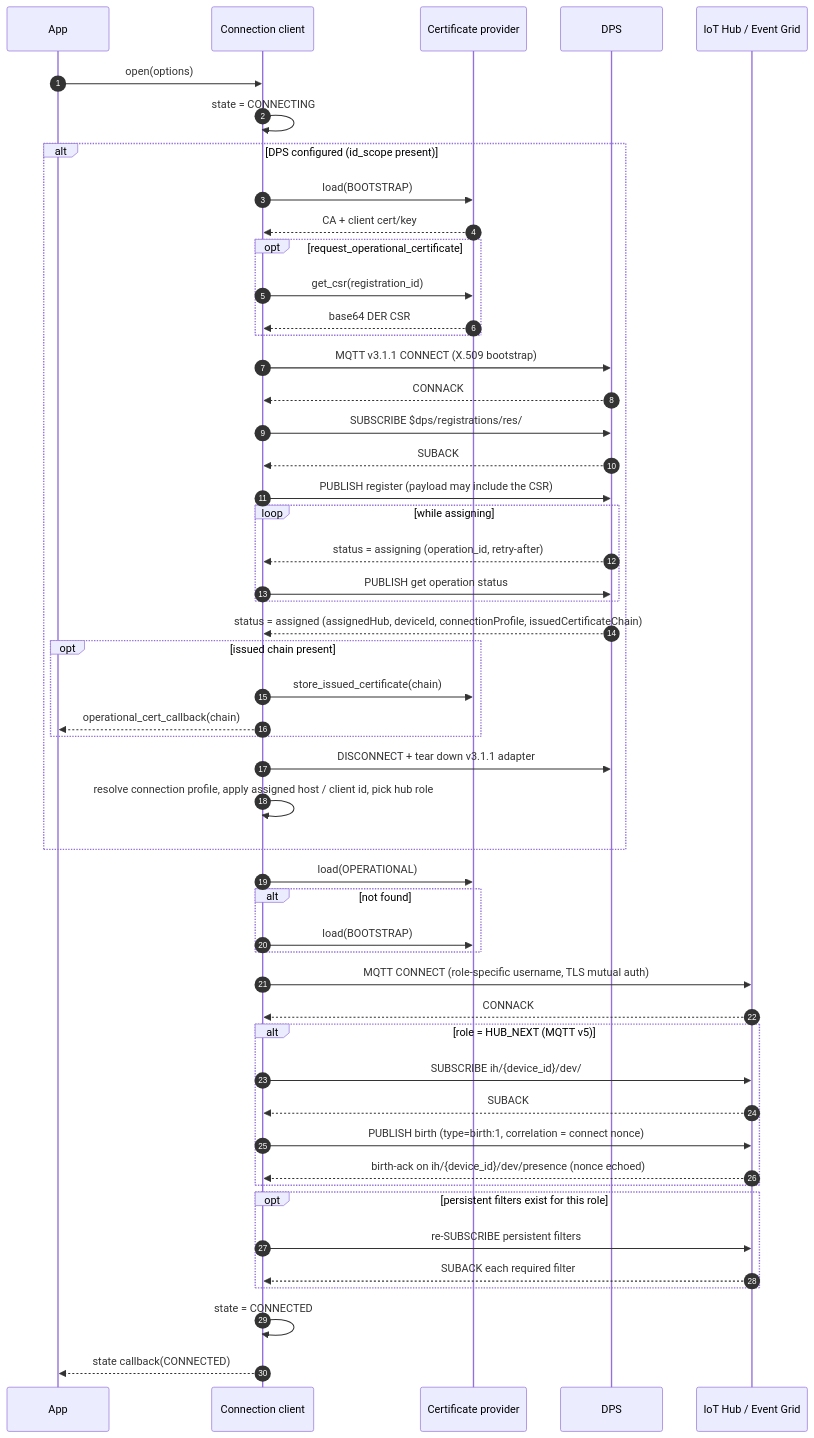
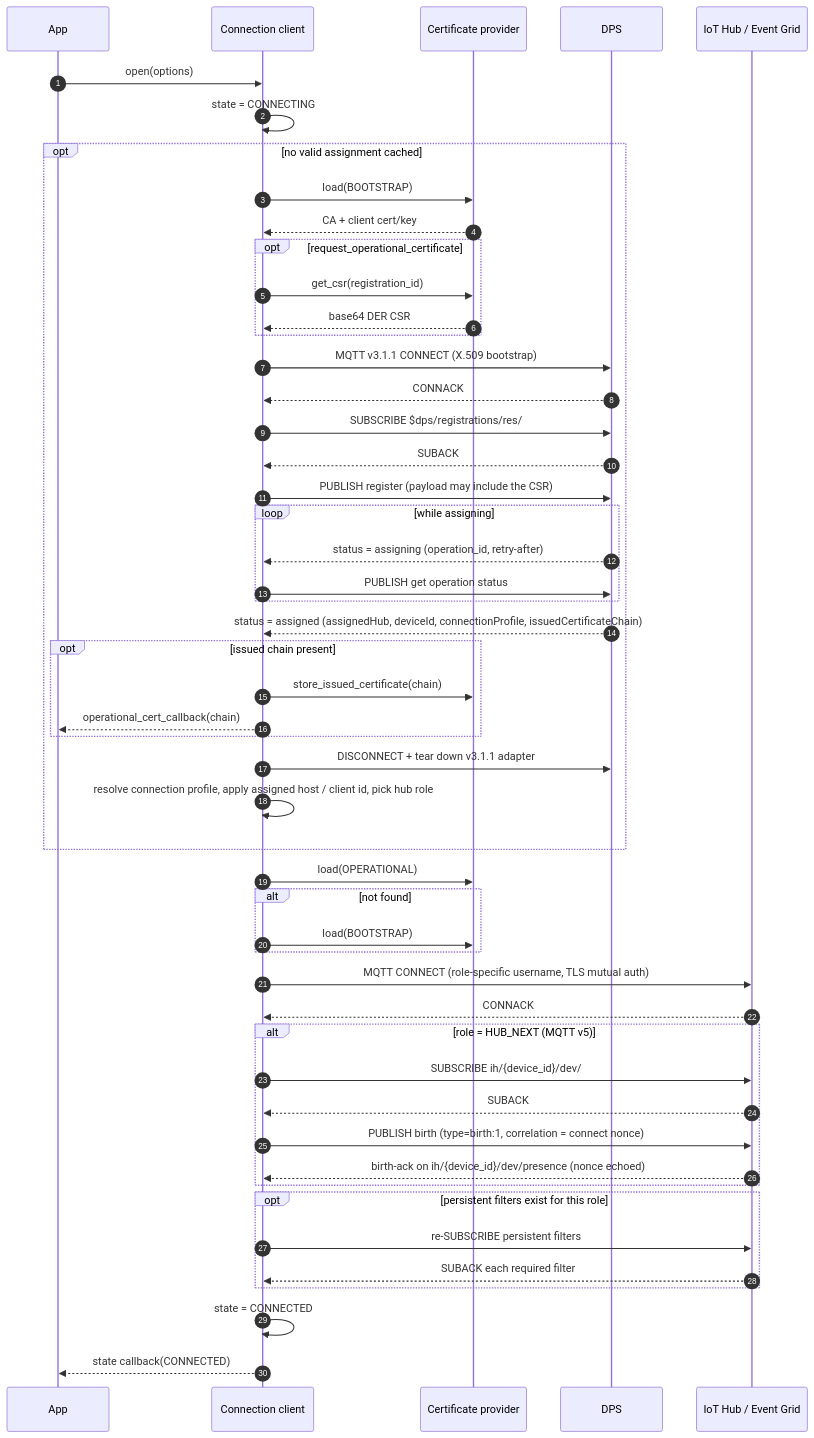
One commit to Azure/azure-iot-sdk changed the third of 9 diagrams in c/docs/eng/connection-c.md. Above: the diagram before and after it, drawn with Mermaid. The commit also changed other lines of this file and 4 other files, not shown here.

````diff
--- a/c/docs/eng/connection-c.md
+++ b/c/docs/eng/connection-c.md
@@ -109,58 +110,58 @@
 ```mermaid
 sequenceDiagram
     autonumber
     participant App
     participant Conn as Connection client
     participant Cert as Certificate provider
     participant DPS
     participant Hub as IoT Hub / Event Grid
 
     App->>Conn: open(options)
     Conn->>Conn: state = CONNECTING
 
-    alt DPS configured (id_scope present)
+    opt no valid assignment cached
         Conn->>Cert: load(BOOTSTRAP)
         Cert-->>Conn: CA + client cert/key
         opt request_operational_certificate
             Conn->>Cert: get_csr(registration_id)
             Cert-->>Conn: base64 DER CSR
         end
         Conn->>DPS: MQTT v3.1.1 CONNECT (X.509 bootstrap)
         DPS-->>Conn: CONNACK
         Conn->>DPS: SUBSCRIBE $dps/registrations/res/#
         DPS-->>Conn: SUBACK
         Conn->>DPS: PUBLISH register (payload may include the CSR)
         loop while assigning
             DPS-->>Conn: status = assigning (operation_id, retry-after)
             Conn->>DPS: PUBLISH get operation status
         end
         DPS-->>Conn: status = assigned (assignedHub, deviceId, connectionProfile, issuedCertificateChain)
         opt issued chain present
             Conn->>Cert: store_issued_certificate(chain)
             Conn-->>App: operational_cert_callback(chain)
         end
         Conn->>DPS: DISCONNECT + tear down v3.1.1 adapter
         Conn->>Conn: resolve connection profile, apply assigned host / client id, pick hub role
     end
 
     Conn->>Cert: load(OPERATIONAL)
     alt not found
         Conn->>Cert: load(BOOTSTRAP)
     end
     Conn->>Hub: MQTT CONNECT (role-specific username, TLS mutual auth)
     Hub-->>Conn: CONNACK
 
     alt role = HUB_NEXT (MQTT v5)
         Conn->>Hub: SUBSCRIBE ih/{device_id}/dev/# (QoS 1)
         Hub-->>Conn: SUBACK
         Conn->>Hub: PUBLISH birth (type=birth:1, correlation = connect nonce)
         Hub-->>Conn: birth-ack on ih/{device_id}/dev/presence (nonce echoed)
     end
 
     opt persistent filters exist for this role
       Conn->>Hub: re-SUBSCRIBE persistent filters
       Hub-->>Conn: SUBACK each required filter
     end
     Conn->>Conn: state = CONNECTED
     Conn-->>App: state callback(CONNECTED)
 ```
````
